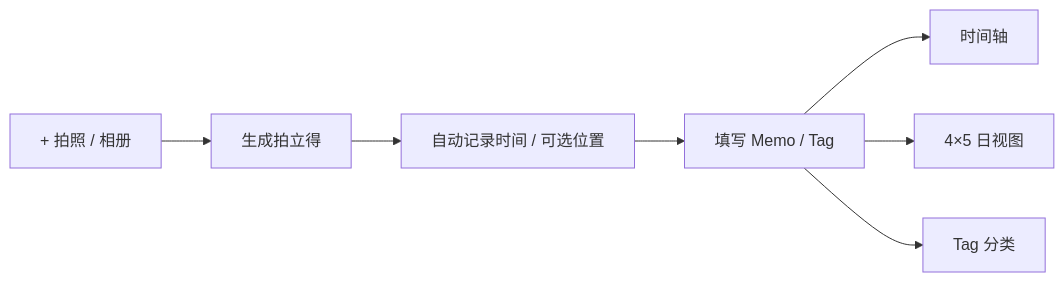
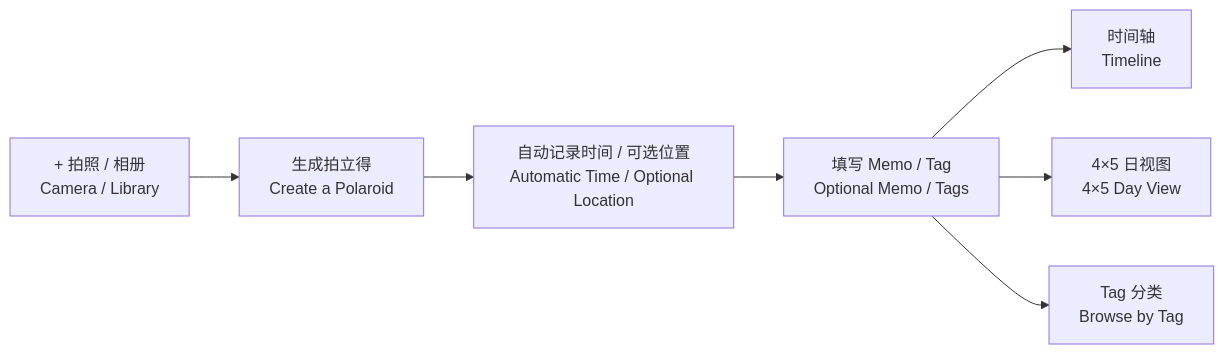
The first of 2 diagrams in README.md (QuinnY0Y/photo-diary), drawn with Mermaid before and after one commit. The commit also changed other lines of this file, not shown here.

````diff
--- a/README.md
+++ b/README.md
@@ -57,9 +106,9 @@
 ```mermaid
 flowchart LR
-  A["+ 拍照 / 相册"] --> B["生成拍立得"]
-  B --> C["自动记录时间 / 可选位置"]
-  C --> D["填写 Memo / Tag"]
-  D --> E["时间轴"]
-  D --> F["4×5 日视图"]
-  D --> G["Tag 分类"]
+  A["+ 拍照 / 相册<br/>Camera / Library"] --> B["生成拍立得<br/>Create a Polaroid"]
+  B --> C["自动记录时间 / 可选位置<br/>Automatic Time / Optional Location"]
+  C --> D["填写 Memo / Tag<br/>Optional Memo / Tags"]
+  D --> E["时间轴<br/>Timeline"]
+  D --> F["4×5 日视图<br/>4×5 Day View"]
+  D --> G["Tag 分类<br/>Browse by Tag"]
 ```
````
